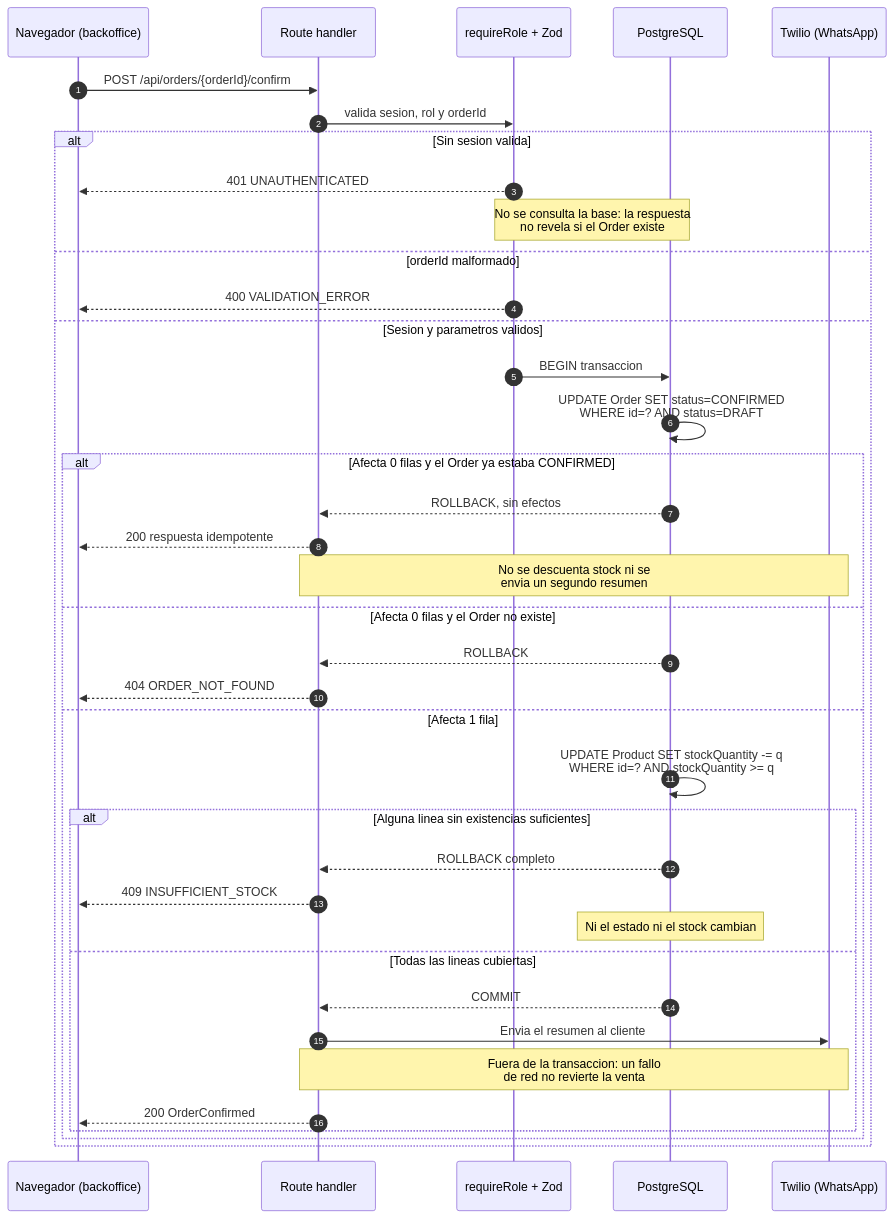
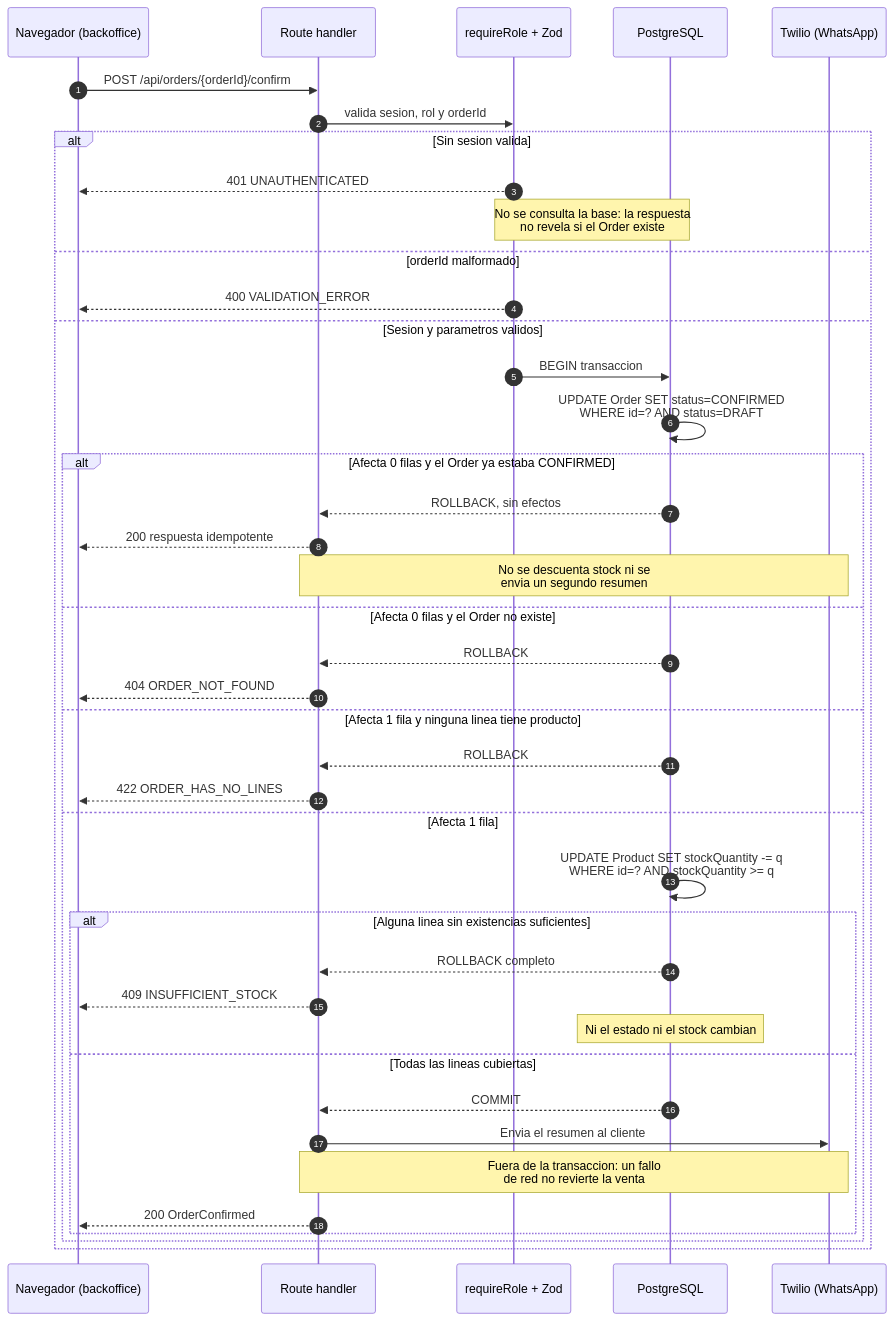
Before and after one commit to fedewagner/SRS-Carnik: the seventh of 7 diagrams in readme.md, drawn with Mermaid. The commit also changed other lines of this file and 13 other files, not shown here.

````diff
--- a/readme.md
+++ b/readme.md
@@ -1951,44 +2049,47 @@
 ```mermaid
 sequenceDiagram
     autonumber
     participant N as Navegador (backoffice)
     participant A as Route handler
     participant G as requireRole + Zod
     participant D as PostgreSQL
     participant W as Twilio (WhatsApp)
 
     N->>A: POST /api/orders/{orderId}/confirm
     A->>G: valida sesion, rol y orderId
 
     alt Sin sesion valida
         G-->>N: 401 UNAUTHENTICATED
         Note over G,D: No se consulta la base: la respuesta<br/>no revela si el Order existe
     else orderId malformado
         G-->>N: 400 VALIDATION_ERROR
     else Sesion y parametros validos
         G->>D: BEGIN transaccion
         D->>D: UPDATE Order SET status=CONFIRMED<br/>WHERE id=? AND status=DRAFT
 
         alt Afecta 0 filas y el Order ya estaba CONFIRMED
             D-->>A: ROLLBACK, sin efectos
             A-->>N: 200 respuesta idempotente
             Note over A,W: No se descuenta stock ni se<br/>envia un segundo resumen
         else Afecta 0 filas y el Order no existe
             D-->>A: ROLLBACK
             A-->>N: 404 ORDER_NOT_FOUND
+        else Afecta 1 fila y ninguna linea tiene producto
+            D-->>A: ROLLBACK
+            A-->>N: 422 ORDER_HAS_NO_LINES
         else Afecta 1 fila
             D->>D: UPDATE Product SET stockQuantity -= q<br/>WHERE id=? AND stockQuantity >= q
 
             alt Alguna linea sin existencias suficientes
                 D-->>A: ROLLBACK completo
                 A-->>N: 409 INSUFFICIENT_STOCK
                 Note over D: Ni el estado ni el stock cambian
             else Todas las lineas cubiertas
                 D-->>A: COMMIT
                 A->>W: Envia el resumen al cliente
                 Note over A,W: Fuera de la transaccion: un fallo<br/>de red no revierte la venta
                 A-->>N: 200 OrderConfirmed
             end
         end
     end
 ```
````
